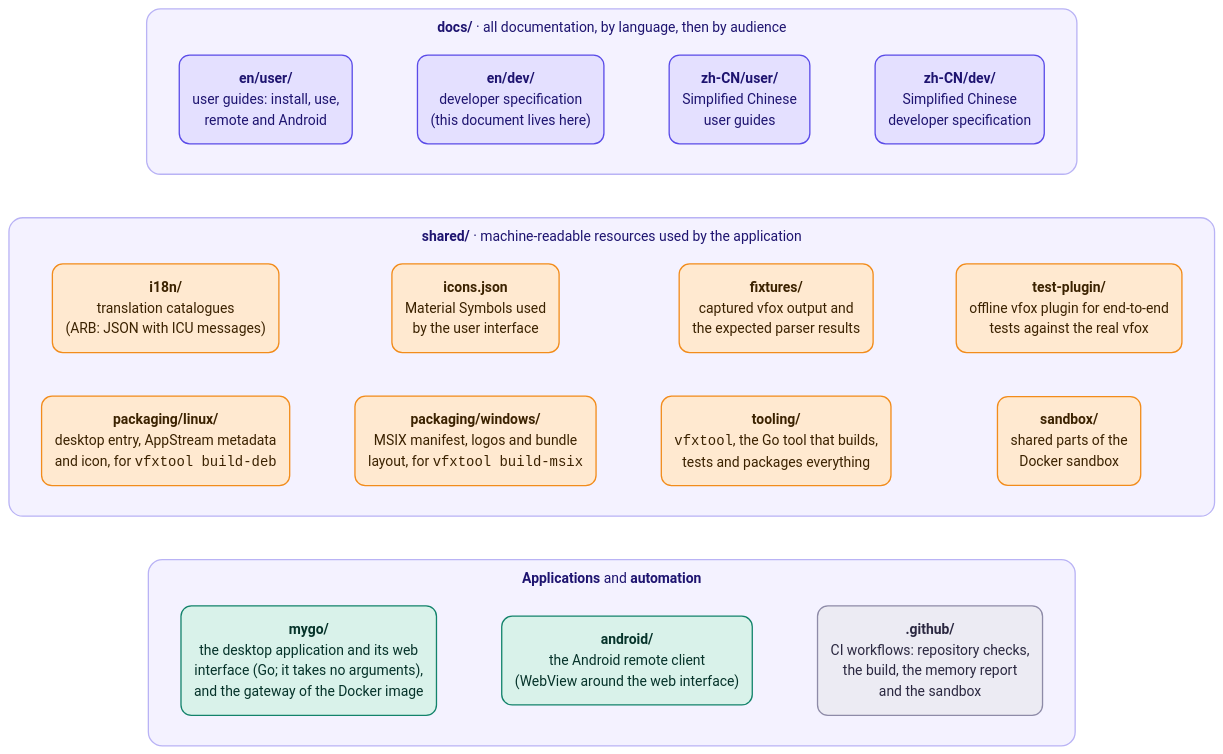
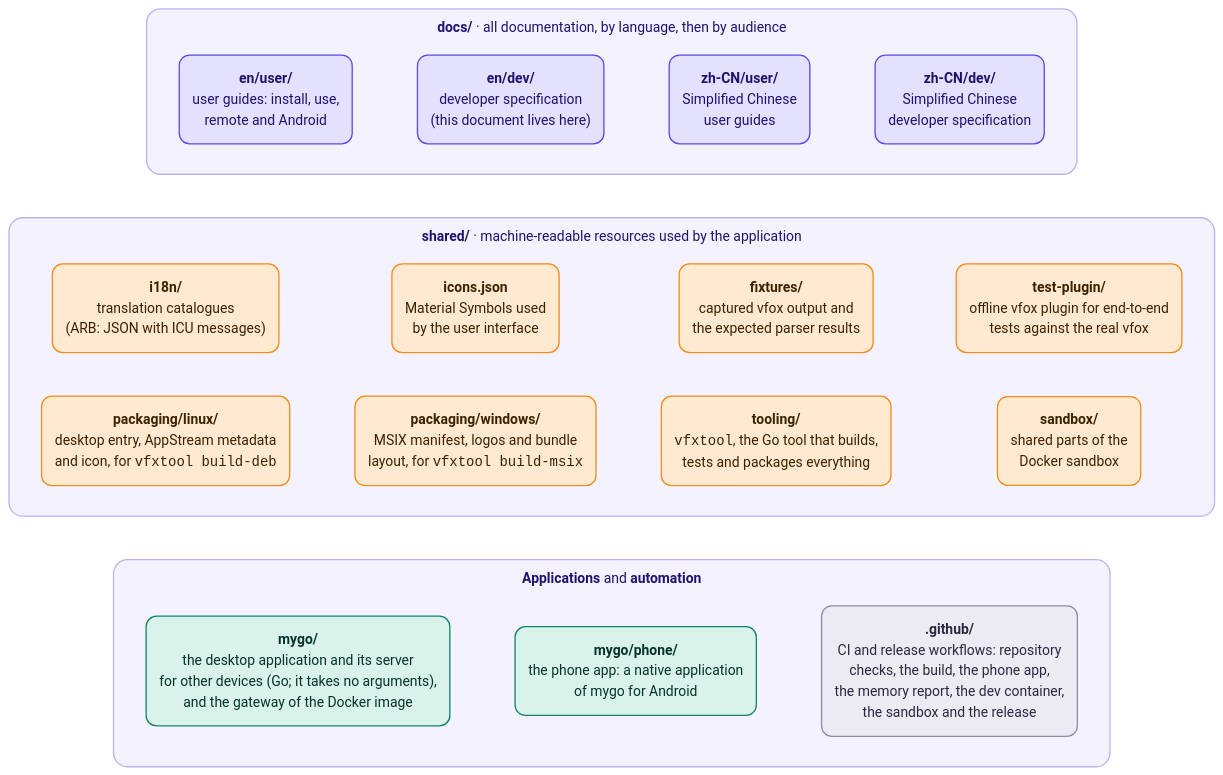
One commit to version-fox/vfox-plus changed the first of 5 diagrams in docs/en/dev/architecture.md. Above: the diagram before and after it, drawn with Mermaid. The commit also changed other lines of this file and 336 other files, not shown here.

First line of the commit message:
Move the phone app to mygo; serve the web interface from the gateway only (#70)

````diff
--- a/docs/en/dev/architecture.md
+++ b/docs/en/dev/architecture.md
@@ -14,51 +14,51 @@
 ```mermaid
 ---
 config:
   theme: base
   themeVariables:
     fontFamily: "system-ui, -apple-system, 'Segoe UI', 'Noto Sans', 'Noto Sans CJK SC', 'PingFang SC', 'Microsoft YaHei', sans-serif"
     lineColor: "#7C79A8"
     primaryColor: "#FFE9D0"
     primaryBorderColor: "#F28C1B"
     primaryTextColor: "#3B2200"
     clusterBkg: "#F4F2FF"
     clusterBorder: "#B9B3F5"
     titleColor: "#1E1470"
     edgeLabelBackground: "#FFFFFF"
   flowchart:
     curve: basis
     wrappingWidth: 320
     subGraphTitleMargin:
       top: 10
       bottom: 8
 ---
 flowchart TB
     accTitle: Repository layout
-    accDescr: docs holds the documentation, shared the resources used by the application, mygo the application and the gateway of the Docker image, android the Android client, and .github the CI workflows.
+    accDescr: docs holds the documentation, shared the resources used by the application, mygo the application, the gateway of the Docker image and the phone app, and .github the CI workflows.
     subgraph docs["<b>docs/</b> · all documentation, by language, then by audience"]
         direction LR
         d1("<b>en/user/</b><br/>user guides: install, use,<br/>remote and Android") ~~~ d2("<b>en/dev/</b><br/>developer specification<br/>(this document lives here)") ~~~ d3("<b>zh-CN/user/</b><br/>Simplified Chinese<br/>user guides") ~~~ d4("<b>zh-CN/dev/</b><br/>Simplified Chinese<br/>developer specification")
     end
     subgraph shared["<b>shared/</b> · machine-readable resources used by the application"]
         direction LR
         s1("<b>i18n/</b><br/>translation catalogues<br/>(ARB: JSON with ICU messages)") ~~~ s2("<b>icons.json</b><br/>Material Symbols used<br/>by the user interface") ~~~ s3("<b>fixtures/</b><br/>captured vfox output and<br/>the expected parser results") ~~~ s4("<b>test-plugin/</b><br/>offline vfox plugin for end-to-end<br/>tests against the real vfox")
         s5("<b>packaging/linux/</b><br/>desktop entry, AppStream metadata<br/>and icon, for <code>vfxtool build-deb</code>") ~~~ s6("<b>packaging/windows/</b><br/>MSIX manifest, logos and bundle<br/>layout, for <code>vfxtool build-msix</code>") ~~~ s7("<b>tooling/</b><br/><code>vfxtool</code>, the Go tool that builds,<br/>tests and packages everything") ~~~ s8("<b>sandbox/</b><br/>shared parts of the<br/>Docker sandbox")
     end
     subgraph code["<b>Applications</b> and <b>automation</b>"]
         direction LR
-        m("<b>mygo/</b><br/>the desktop application and its web<br/>interface (Go; it takes no arguments),<br/>and the gateway of the Docker image") ~~~ a("<b>android/</b><br/>the Android remote client<br/>(WebView around the web interface)") ~~~ g("<b>.github/</b><br/>CI workflows: repository checks,<br/>the build, the memory report<br/>and the sandbox")
+        m("<b>mygo/</b><br/>the desktop application and its server<br/>for other devices (Go; it takes no arguments),<br/>and the gateway of the Docker image") ~~~ a("<b>mygo/phone/</b><br/>the phone app: a native application<br/>of mygo for Android") ~~~ g("<b>.github/</b><br/>CI and release workflows: repository<br/>checks, the build, the phone app,<br/>the memory report, the dev container,<br/>the sandbox and the release")
     end
     docs ~~~ shared ~~~ code
 
     classDef docs fill:#E4E0FF,stroke:#5A4BE8,color:#1E1470,stroke-width:1.5px,rx:12,ry:12
     classDef shared fill:#FFE9D0,stroke:#F28C1B,color:#3B2200,stroke-width:1.5px,rx:12,ry:12
     classDef app fill:#D9F2EA,stroke:#13836B,color:#06332A,stroke-width:1.5px,rx:12,ry:12
     classDef ci fill:#ECEBF3,stroke:#8E8BA8,color:#2B2840,stroke-width:1.5px,rx:12,ry:12
     class d1,d2,d3,d4 docs
     class s1,s2,s3,s4,s5,s6,s7,s8 shared
     class m,a app
     class g ci
     style docs fill:#F4F2FF,stroke:#B9B3F5,stroke-width:1.5px,rx:16,ry:16
     style shared fill:#F4F2FF,stroke:#B9B3F5,stroke-width:1.5px,rx:16,ry:16
     style code fill:#F4F2FF,stroke:#B9B3F5,stroke-width:1.5px,rx:16,ry:16
 ```
````
